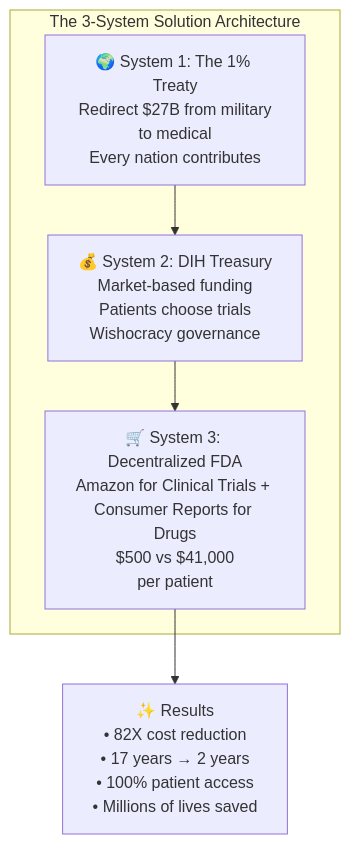
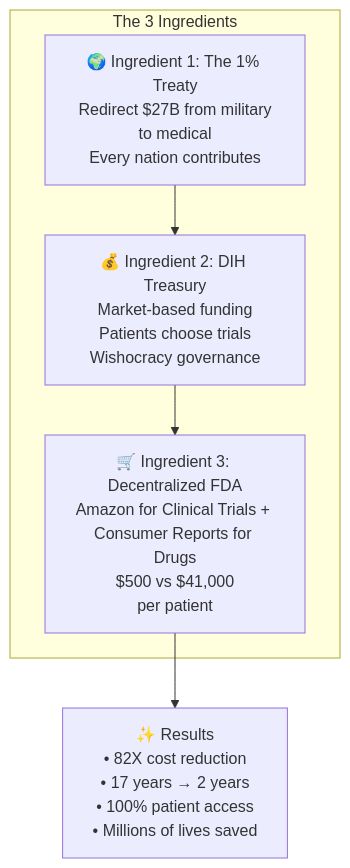
The second of 6 diagrams in index.qmd (mikepsinn/disease-eradication-plan), drawn with Mermaid before and after one commit. The commit also changed other lines of this file, not shown here.

Commit message:
Update index.qmd to reframe the solution systems as "ingredients," enhancing clarity and consistency in terminology. Revise section headings and flowchart labels to reflect this change, while maintaining the focus on the 1% Treaty, DIH Treasury, and Decentralized FDA as key components of a world without war and disease.

````diff
--- a/index.qmd
+++ b/index.qmd
@@ -162,14 +162,14 @@
 ```{mermaid}
 flowchart TB
-    subgraph "The 3-System Solution Architecture"
-        Treaty["🌍 System 1: The 1% Treaty<br/>Redirect $27B from military<br/>to medical<br/>Every nation contributes"]
+    subgraph "The 3 Ingredients"
+        Treaty["🌍 Ingredient 1: The 1% Treaty<br/>Redirect $27B from military<br/>to medical<br/>Every nation contributes"]
 
-        DIH["💰 System 2: DIH Treasury<br/>Market-based funding<br/>Patients choose trials<br/>Wishocracy governance"]
+        DIH["💰 Ingredient 2: DIH Treasury<br/>Market-based funding<br/>Patients choose trials<br/>Wishocracy governance"]
 
-        dFDA["🛒 System 3: Decentralized FDA<br/>Amazon for Clinical Trials + Consumer Reports for Drugs<br/>$500 vs $41,000<br/>per patient"]
+        dFDA["🛒 Ingredient 3: Decentralized FDA<br/>Amazon for Clinical Trials + Consumer Reports for Drugs<br/>$500 vs $41,000<br/>per patient"]
     end
 
     Treaty --> DIH
     DIH --> dFDA
     dFDA --> Results["✨ Results<br/>• 82X cost reduction<br/>• 17 years → 2 years<br/>• 100% patient access<br/>• Millions of lives saved"]
 ```
````
